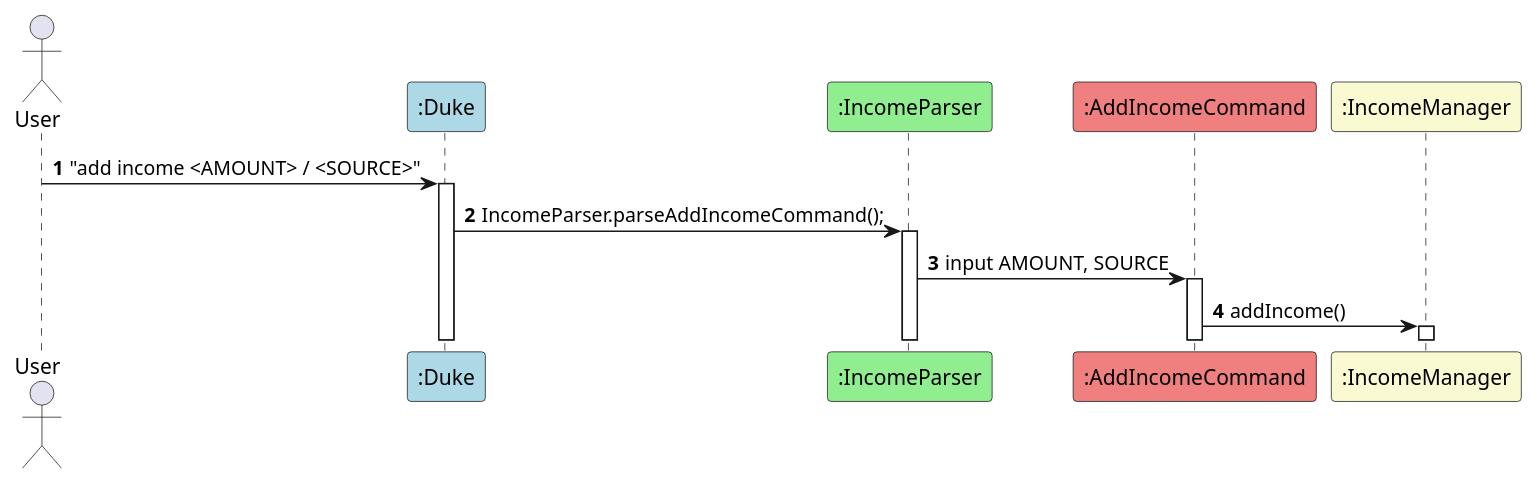
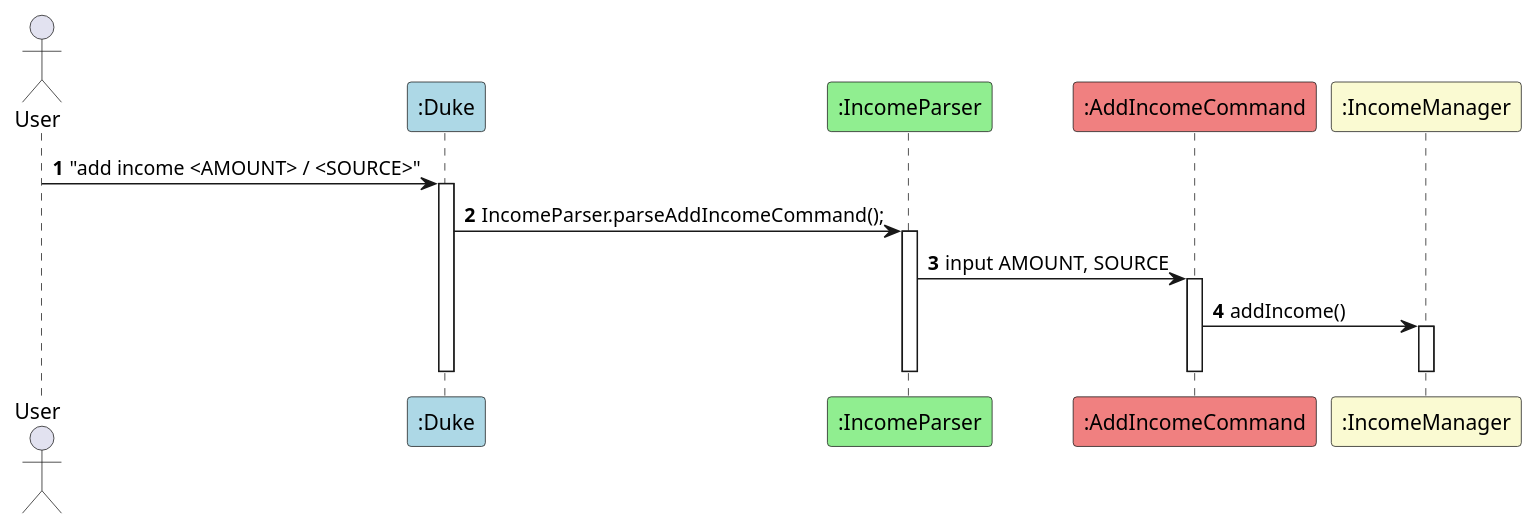
The diagram in docs/puml/AddIncome.puml (xiaojielei/tp), drawn with PlantUML before and after one commit. The commit also changed 23 other files, not shown here.

```diff
--- a/docs/puml/AddIncome.puml
+++ b/docs/puml/AddIncome.puml
@@ -1,22 +1,26 @@
 @startuml
 'https://plantuml.com/sequence-diagram
 actor User
 participant ":Duke" as Duke #LightBlue
 participant ":IncomeParser" as IncomeParser #LightGreen
 participant ":AddIncomeCommand" as AddIncomeCommand #LightCoral
 participant ":IncomeManager" as IncomeManager #LightGoldenRodYellow
 autonumber
 
 User -> Duke: "add income <AMOUNT> / <SOURCE>"
 activate Duke
 
 Duke -> IncomeParser: IncomeParser.parseAddIncomeCommand();
 activate IncomeParser
 
 IncomeParser -> AddIncomeCommand: input AMOUNT, SOURCE
 activate AddIncomeCommand
 
 AddIncomeCommand -> IncomeManager: addIncome()
 activate IncomeManager
+deactivate AddIncomeCommand
+deactivate IncomeManager
+deactivate IncomeParser
+deactivate Duke
 
 @enduml
```
